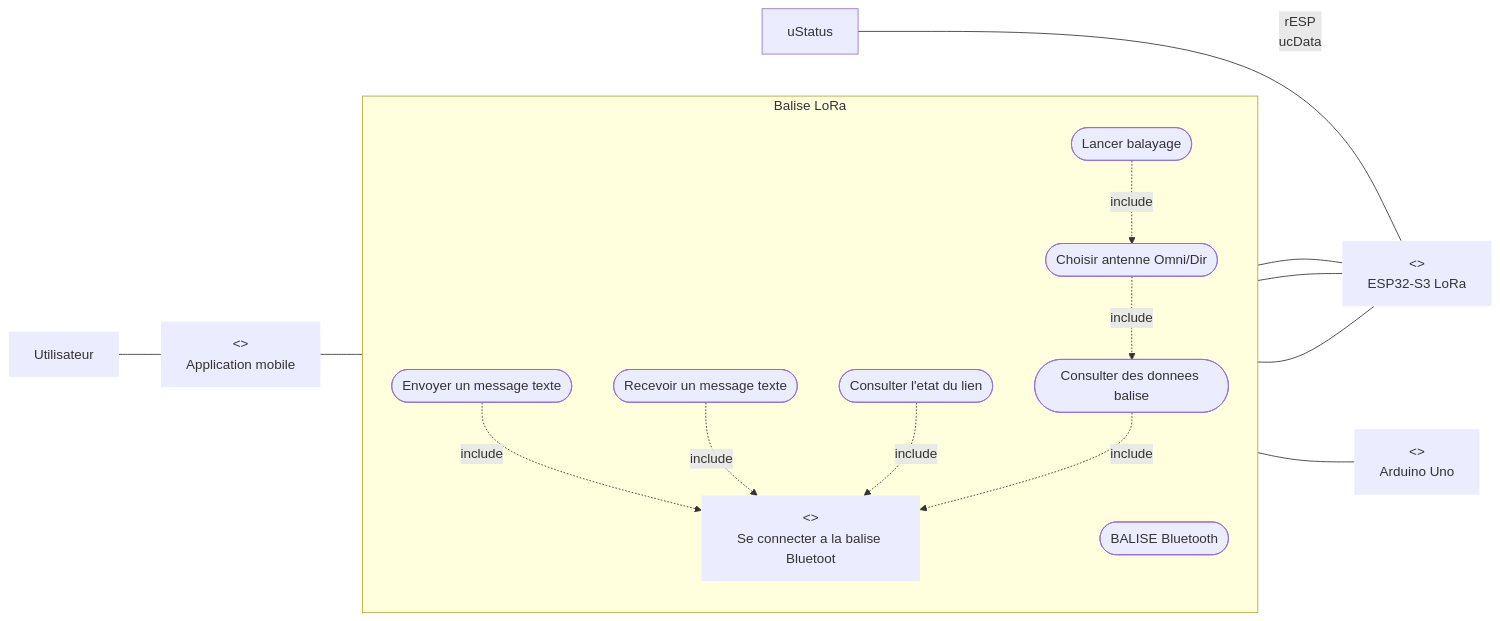
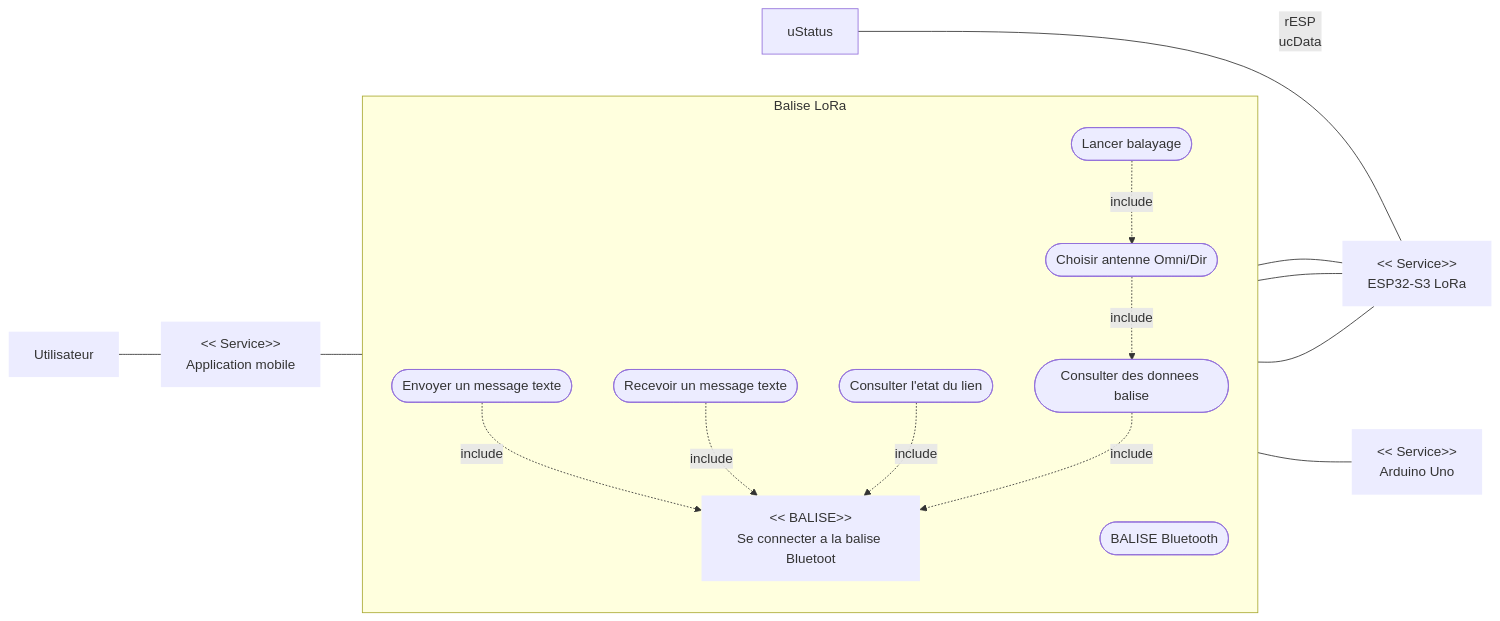
The first of 7 diagrams in Diagrammes_SysML_Projet_LoRa.md (SHU445/Projet-LoRa-72h), drawn with Mermaid before and after one commit.

Commit message:
"CorrectUseCase3.1"

````diff
--- a/Diagrammes_SysML_Projet_LoRa.md
+++ b/Diagrammes_SysML_Projet_LoRa.md
@@ -12,40 +12,40 @@
 ```mermaid
 flowchart LR
   rU["Utilisateur"]:::role
-  rAPP["<<Service>>\nApplication mobile"]:::role
-  rESP["<<Service>>\nESP32-S3 LoRa"]:::role
-  rARD["<<Service>>\nArduino Uno"]:::role
-  rCONN["<<BALISE>>\nSe connecter a la balise Bluetoot"]:::role
+  rAPP["<< Service>>\nApplication mobile"]:::role
+  rESP["<< Service>>\nESP32-S3 LoRa"]:::role
+  rARD["<< Service>>\nArduino Uno"]:::role
+  rCONN["<< BALISE>>\nSe connecter a la balise Bluetoot"]:::role
 
   subgraph S["Balise LoRa"]
     direction TB
     uCo([BALISE Bluetooth])
     ucSend([Envoyer un message texte])
     ucReceive([Recevoir un message texte])
     ucStatus([Consulter l'etat du lien])
     ucData([Consulter des donnees balise])
     ucSelectAntenna([Choisir antenne Omni/Dir])
     ucScan([Lancer balayage])
 
     ucSend -. include .-> rCONN
     ucReceive -. include .-> rCONN
     ucStatus -. include .-> rCONN
     ucData -. include .-> rCONN
     ucSelectAntenna -. include .-> ucData
     ucScan -. include .-> ucSelectAntenna
   end
 
   rU --- rAPP
   rAPP --- rCONN
   rCONN --- rESP
 
   ucSend --- rESP
   uStatus --rESP
   ucData --- rESP
   ucSelectAntenna --- rESP
 
 
   ucScan --- rARD
 
   classDef role stroke-width:0px;
 ```
````
